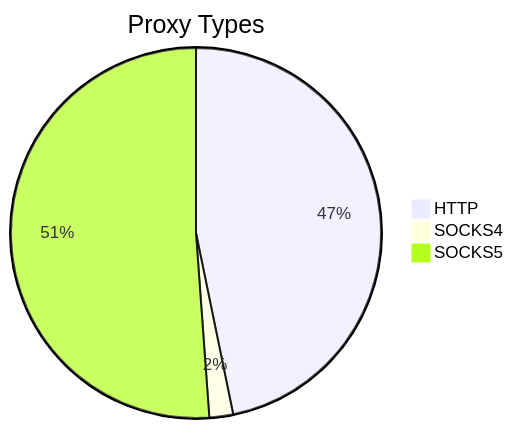
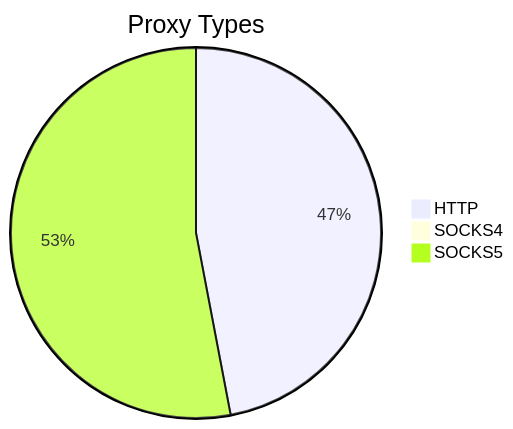
One commit to stormsia/proxy-list changed the first of 2 diagrams in README.md. Above: the diagram before and after it, drawn with Mermaid. The commit also changed other lines of this file, not shown here.

````diff
--- a/README.md
+++ b/README.md
@@ -21,6 +21,6 @@
 ```mermaid
 pie title Proxy Types
-    "HTTP" : 1037
-    "SOCKS4" : 46
-    "SOCKS5" : 1134
+    "HTTP" : 1270
+    "SOCKS4" : 14
+    "SOCKS5" : 1432
 ```
````
